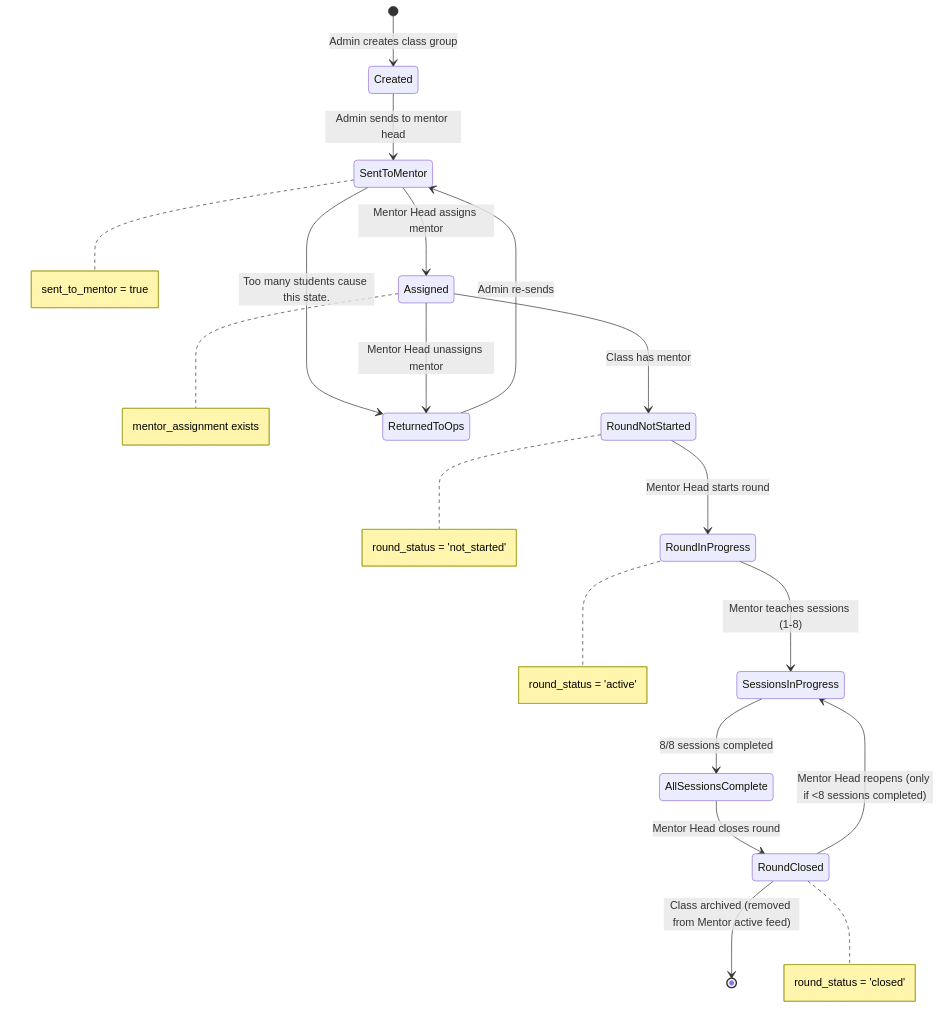
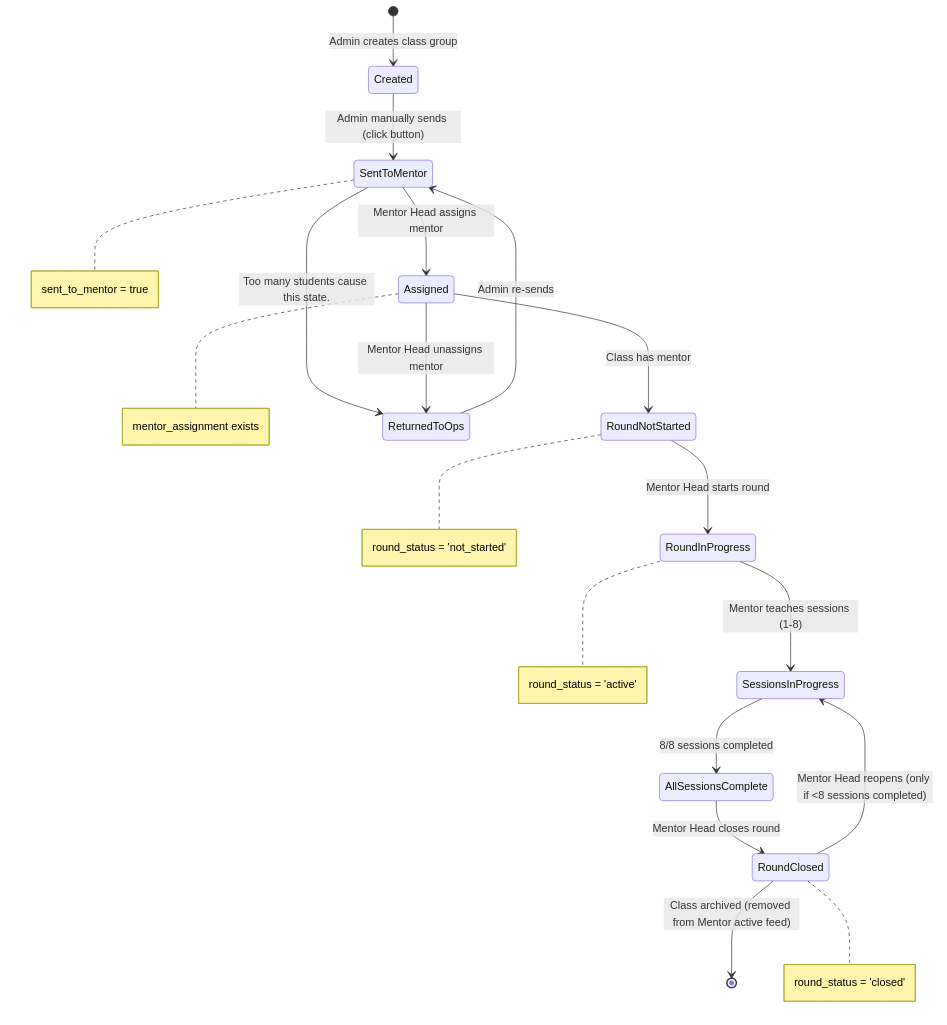
Before and after one commit to MahmoudObeid1001/eighty-twenty-ops: the diagram in memory/flows/class_lifecycle.md, drawn with Mermaid. The commit also changed other lines of this file and 46 other files, not shown here.

Commit message:
Update mentor head workflows, grading, and feedback tabs

````diff
--- a/memory/flows/class_lifecycle.md
+++ b/memory/flows/class_lifecycle.md
@@ -15,27 +15,27 @@
 ```mermaid
 stateDiagram-v2
     [*] --> Created: Admin creates class group
     
-    Created --> SentToMentor: Admin sends to mentor head
+    Created --> SentToMentor: Admin manually sends (click button)
     SentToMentor --> Assigned: Mentor Head assigns mentor
     Assigned --> RoundNotStarted: Class has mentor
     
     RoundNotStarted --> RoundInProgress: Mentor Head starts round
     RoundInProgress --> SessionsInProgress: Mentor teaches sessions (1-8)
     SessionsInProgress --> AllSessionsComplete: 8/8 sessions completed
     AllSessionsComplete --> RoundClosed: Mentor Head closes round
     
     RoundClosed --> [*]: Class archived (removed from Mentor active feed)
     RoundClosed --> SessionsInProgress: Mentor Head reopens (only if <8 sessions completed)
     
     SentToMentor --> ReturnedToOps: Too many students cause this state.
     Assigned --> ReturnedToOps: Mentor Head unassigns mentor
     
     ReturnedToOps --> SentToMentor: Admin re-sends
     
     note right of SentToMentor: sent_to_mentor = true
     note right of Assigned: mentor_assignment exists
     note right of RoundNotStarted: round_status = 'not_started'
     note right of RoundInProgress: round_status = 'active'
     note right of RoundClosed: round_status = 'closed'
 ```
````
